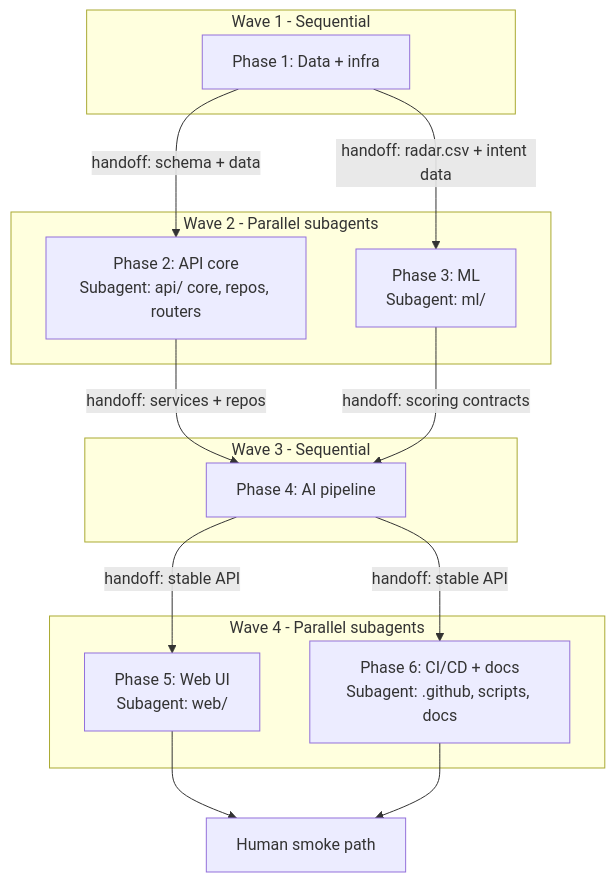
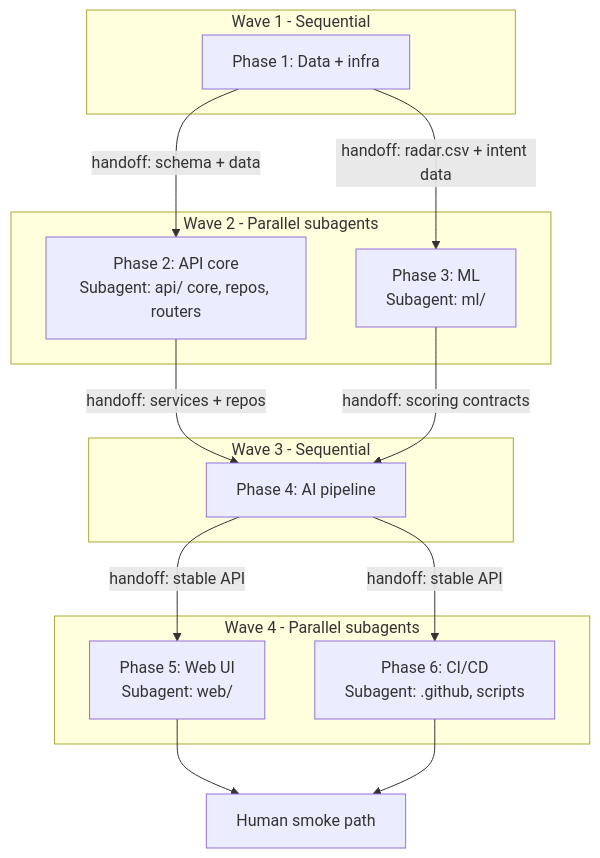
Before and after one commit to aryanc381/saathi-from-scratch: the first of 2 diagrams in plans/saathi-mvp.md, drawn with Mermaid. The commit also changed other lines of this file and 1 other file, not shown here.

First line of the commit message:
docs: update README and plan for feature folders, Phase 3 and 4; drop docs/

````diff
--- a/plans/saathi-mvp.md
+++ b/plans/saathi-mvp.md
@@ -306,27 +310,27 @@
 ```mermaid
 flowchart TD
     subgraph W1["Wave 1 - Sequential"]
         P1["Phase 1: Data + infra"]
     end
     subgraph W2["Wave 2 - Parallel subagents"]
         P2["Phase 2: API core<br/>Subagent: api/ core, repos, routers"]
         P3["Phase 3: ML<br/>Subagent: ml/"]
     end
     subgraph W3["Wave 3 - Sequential"]
         P4["Phase 4: AI pipeline"]
     end
     subgraph W4["Wave 4 - Parallel subagents"]
         P5["Phase 5: Web UI<br/>Subagent: web/"]
-        P6["Phase 6: CI/CD + docs<br/>Subagent: .github, scripts, docs"]
+        P6["Phase 6: CI/CD<br/>Subagent: .github, scripts"]
     end
     SMOKE["Human smoke path"]
 
     P1 -->|"handoff: schema + data"| P2
     P1 -->|"handoff: radar.csv + intent data"| P3
     P2 -->|"handoff: services + repos"| P4
     P3 -->|"handoff: scoring contracts"| P4
     P4 -->|"handoff: stable API"| P5
     P4 -->|"handoff: stable API"| P6
     P5 --> SMOKE
     P6 --> SMOKE
 ```
````
